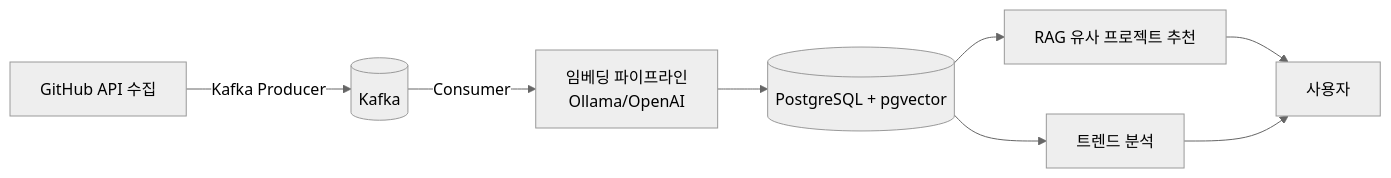
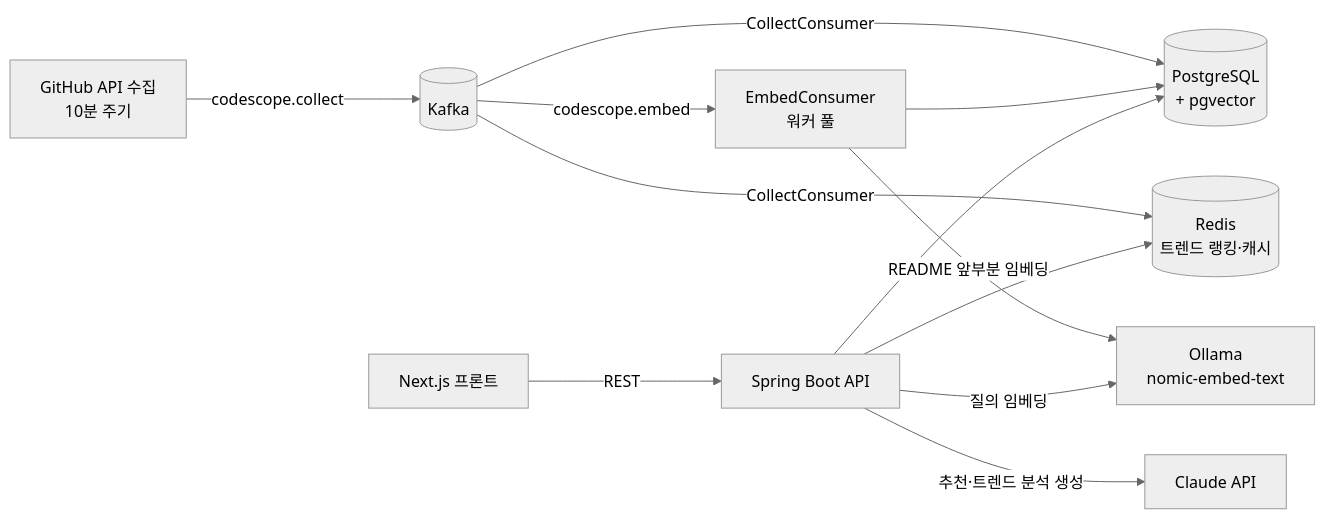
Before and after one commit to LEESEOJUN-creator/CodeScope: the diagram in README.md, drawn with Mermaid (neutral theme). The commit also changed other lines of this file, not shown here.

Commit message:
docs: README — 아키텍처(Claude 생성 + Ollama 임베딩), 주요 기능, LLM 호출 설계, 2026-10-13 실측, 실행 방법(macOS) 갱신

````diff
--- a/README.md
+++ b/README.md
@@ -11,10 +11,14 @@
 ```mermaid
 flowchart LR
-    A[GitHub API 수집] -->|Kafka Producer| B[(Kafka)]
-    B -->|Consumer| C[임베딩 파이프라인\nOllama/OpenAI]
-    C --> D[(PostgreSQL + pgvector)]
-    D --> E[RAG 유사 프로젝트 추천]
-    D --> F[트렌드 분석]
-    E --> G[사용자]
-    F --> G
+    A[GitHub API 수집\n10분 주기] -->|codescope.collect| B[(Kafka)]
+    B -->|CollectConsumer| D[(PostgreSQL\n+ pgvector)]
+    B -->|CollectConsumer| R[(Redis\n트렌드 랭킹·캐시)]
+    B -->|codescope.embed| C[EmbedConsumer\n워커 풀]
+    C -->|README 앞부분 임베딩| O[Ollama\nnomic-embed-text]
+    C --> D
+    U[Next.js 프론트] -->|REST| S[Spring Boot API]
+    S --> D
+    S --> R
+    S -->|질의 임베딩| O
+    S -->|추천·트렌드 분석 생성| L[Claude API]
 ```
````
